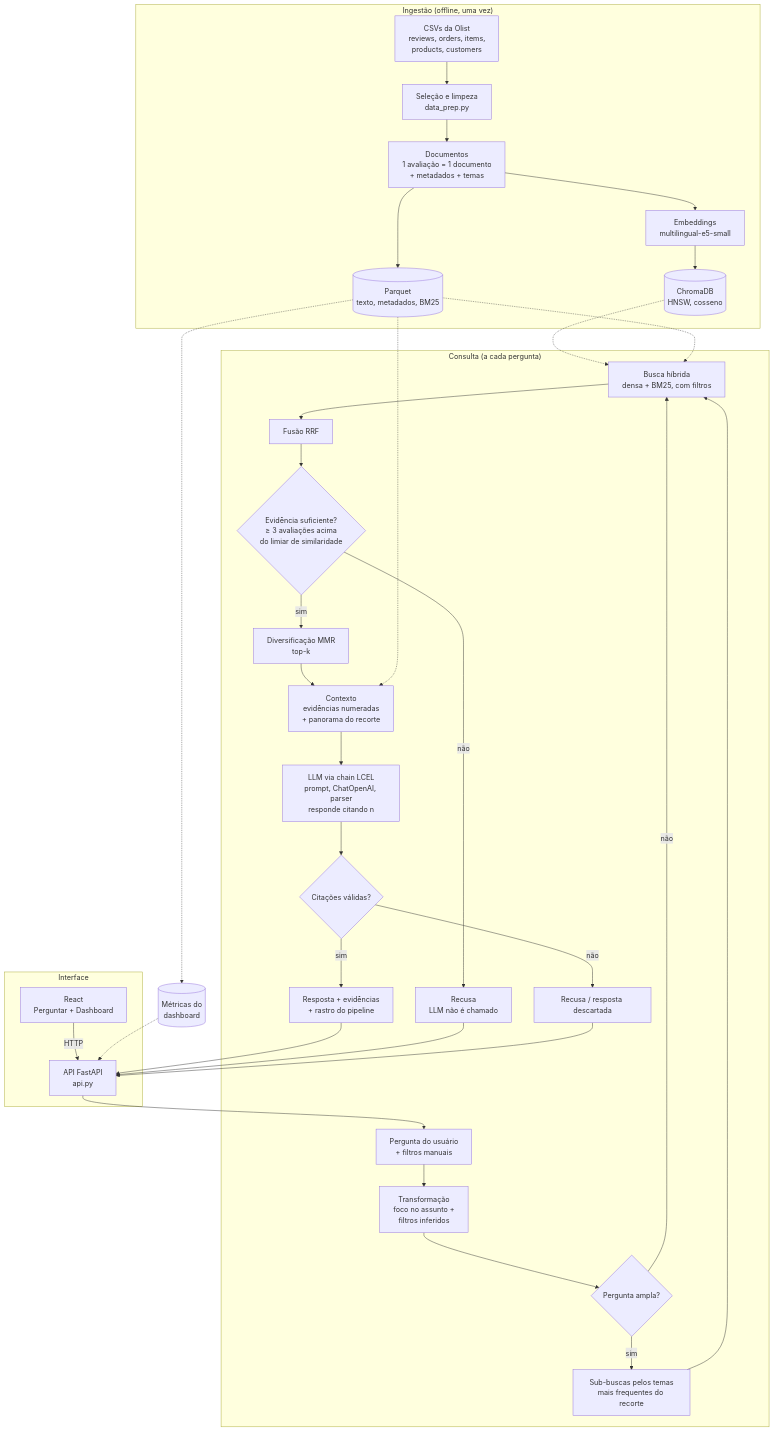
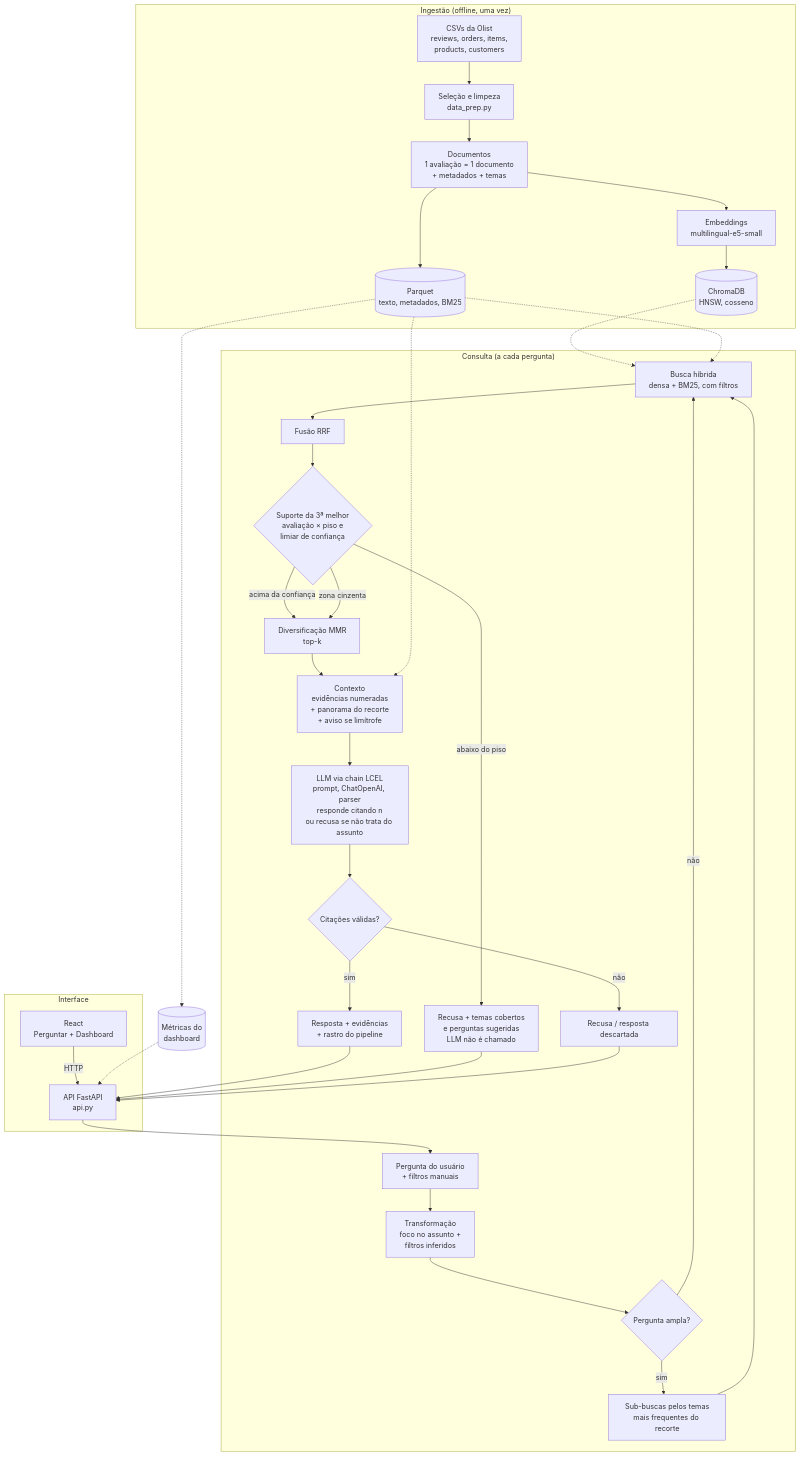
The diagram in README.md (Wanderluzter/tech-challenge-4), drawn with Mermaid before and after one commit. The commit also changed other lines of this file and 17 other files, not shown here.

First line of the commit message:
Zona cinzenta de similaridade e recusa útil

````diff
--- a/README.md
+++ b/README.md
@@ -33,41 +33,42 @@
 ```mermaid
 flowchart TD
     subgraph Ingestão ["Ingestão (offline, uma vez)"]
         A[CSVs da Olist<br/>reviews, orders, items,<br/>products, customers] --> B[Seleção e limpeza<br/>data_prep.py]
         B --> C[Documentos<br/>1 avaliação = 1 documento<br/>+ metadados + temas]
         C --> D[Embeddings<br/>multilingual-e5-small]
         D --> E[(ChromaDB<br/>HNSW, cosseno)]
         C --> F[(Parquet<br/>texto, metadados, BM25)]
     end
 
     subgraph Interface ["Interface"]
         W[React<br/>Perguntar + Dashboard] -- HTTP --> API[API FastAPI<br/>api.py]
     end
 
     subgraph Consulta ["Consulta (a cada pergunta)"]
         Q[Pergunta do usuário<br/>+ filtros manuais] --> T[Transformação<br/>foco no assunto +<br/>filtros inferidos]
         T --> X{Pergunta ampla?}
         X -- sim --> S[Sub-buscas pelos temas<br/>mais frequentes do recorte]
         X -- não --> R
         S --> R[Busca híbrida<br/>densa + BM25, com filtros]
         R --> U[Fusão RRF]
-        U --> G{Evidência suficiente?<br/>≥ 3 avaliações acima<br/>do limiar de similaridade}
-        G -- não --> N[Recusa<br/>LLM não é chamado]
-        G -- sim --> M[Diversificação MMR<br/>top-k]
-        M --> P[Contexto<br/>evidências numeradas<br/>+ panorama do recorte]
-        P --> L[LLM via chain LCEL<br/>prompt, ChatOpenAI, parser<br/>responde citando n]
+        U --> G{Suporte da 3ª melhor<br/>avaliação × piso e<br/>limiar de confiança}
+        G -- abaixo do piso --> N[Recusa + temas cobertos<br/>e perguntas sugeridas<br/>LLM não é chamado]
+        G -- acima da confiança --> M[Diversificação MMR<br/>top-k]
+        G -- zona cinzenta --> M
+        M --> P[Contexto<br/>evidências numeradas<br/>+ panorama do recorte<br/>+ aviso se limítrofe]
+        P --> L[LLM via chain LCEL<br/>prompt, ChatOpenAI, parser<br/>responde citando n<br/>ou recusa se não trata do assunto]
         L --> V{Citações válidas?}
         V -- não --> N2[Recusa / resposta descartada]
         V -- sim --> O[Resposta + evidências<br/>+ rastro do pipeline]
     end
 
     API --> Q
     O --> API
     N --> API
     N2 --> API
     E -.-> R
     F -.-> R
     F -.-> P
     F -.-> D2[(Métricas do<br/>dashboard)]
     D2 -.-> API
 ```
````
